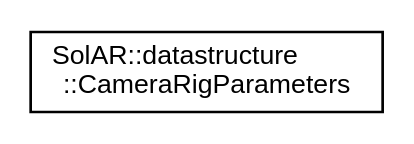
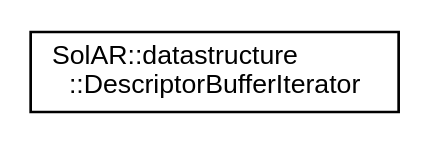
Before and after one commit to SolarFramework/solarframework.github.io: the diagram in api_documentation/inherit_graph_11.dot, drawn with Graphviz. The commit also changed 66 other files, not shown here.

```diff
--- a/api_documentation/inherit_graph_11.dot
+++ b/api_documentation/inherit_graph_11.dot
@@ -1,8 +1,8 @@
 digraph "Graphical Class Hierarchy"
 {
  // LATEX_PDF_SIZE
   edge [fontname="Helvetica",fontsize="10",labelfontname="Helvetica",labelfontsize="10"];
   node [fontname="Helvetica",fontsize="10",shape=record];
   rankdir="LR";
-  Node0 [label="SolAR::datastructure\l::CameraRigParameters",height=0.2,width=0.4,color="black", fillcolor="white", style="filled",URL="$struct_sol_a_r_1_1datastructure_1_1_camera_rig_parameters.html",tooltip=" "];
+  Node0 [label="SolAR::datastructure\l::DescriptorBufferIterator",height=0.2,width=0.4,color="black", fillcolor="white", style="filled",URL="$class_sol_a_r_1_1datastructure_1_1_descriptor_buffer_iterator.html",tooltip=" "];
 }
```
